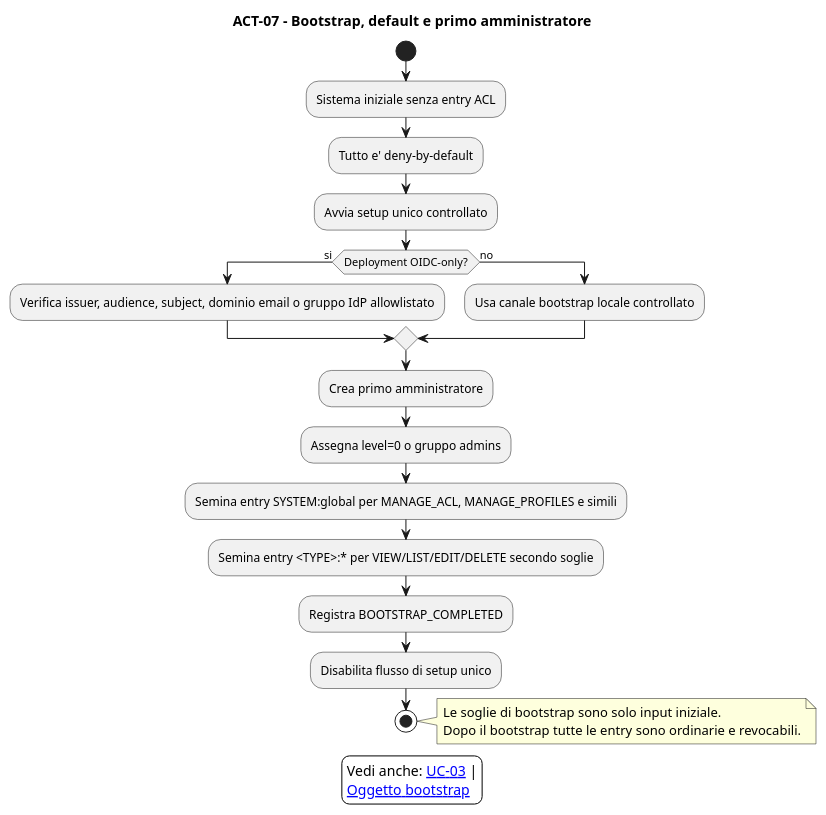
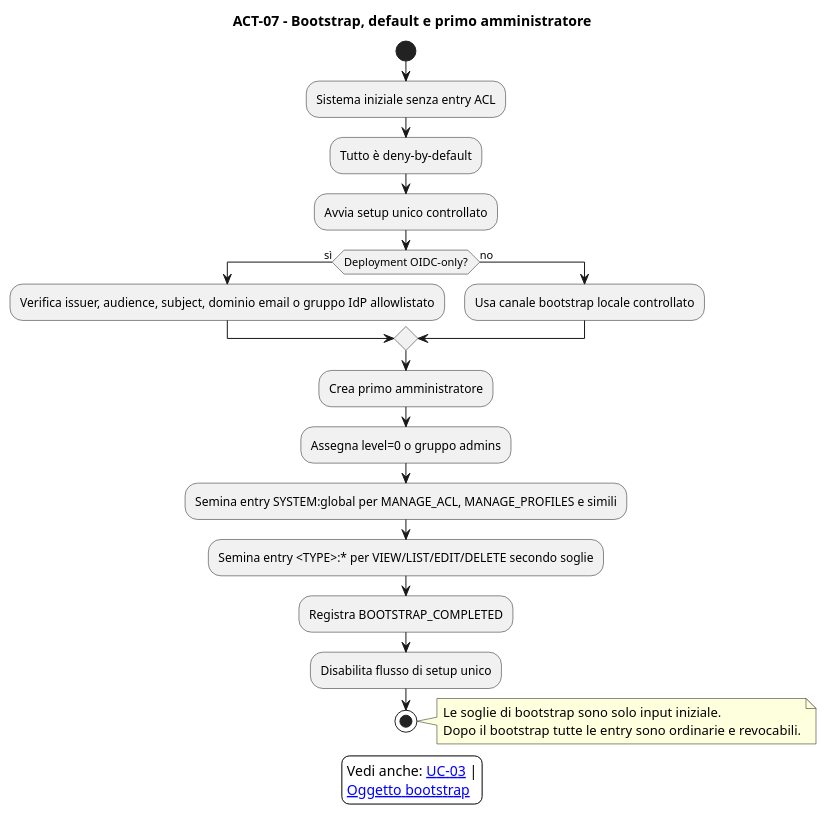
The diagram in design/attività/07_bootstrap_setup.puml (antlampas/ACL), drawn with PlantUML before and after one commit. The commit also changed 38 other files, not shown here.

Commit message:
docs: corretti testi e diagrammi UML

```diff
--- a/design/attività/07_bootstrap_setup.puml
+++ b/design/attività/07_bootstrap_setup.puml
@@ -1,41 +1,41 @@
 @startuml 07_bootstrap_setup
 ' Title: Sistema ACL - 07_bootstrap_setup
 ' Author/Licensor: Francesco
 ' Source: this repository
 ' License: Creative Commons Attribution-ShareAlike 4.0 International
 ' License URL: https://creativecommons.org/licenses/by-sa/4.0/
 ' SPDX-License-Identifier: CC-BY-SA-4.0
 !pragma layout smetana
 skinparam backgroundColor white
 skinparam nodesep 80
 skinparam ranksep 80
 title ACT-07 - Bootstrap, default e primo amministratore
 skinparam shadowing false
 
 start
 :Sistema iniziale senza entry ACL;
-:Tutto e' deny-by-default;
+:Tutto è deny-by-default;
 :Avvia setup unico controllato;
-if (Deployment OIDC-only?) then (si)
+if (Deployment OIDC-only?) then (sì)
   :Verifica issuer, audience, subject, dominio email o gruppo IdP allowlistato;
 else (no)
   :Usa canale bootstrap locale controllato;
 endif
 :Crea primo amministratore;
 :Assegna level=0 o gruppo admins;
 :Semina entry SYSTEM:global per MANAGE_ACL, MANAGE_PROFILES e simili;
 :Semina entry <TYPE>:* per VIEW/LIST/EDIT/DELETE secondo soglie;
 :Registra BOOTSTRAP_COMPLETED;
 :Disabilita flusso di setup unico;
 stop
 
 note right
   Le soglie di bootstrap sono solo input iniziale.
   Dopo il bootstrap tutte le entry sono ordinarie e revocabili.
 end note
 
 legend
   Vedi anche: [[../use%20case/03_bootstrap_primo_admin.puml UC-03]] |
   [[../oggetti/09_bootstrap_admin.puml Oggetto bootstrap]]
 endlegend
 @enduml
```
